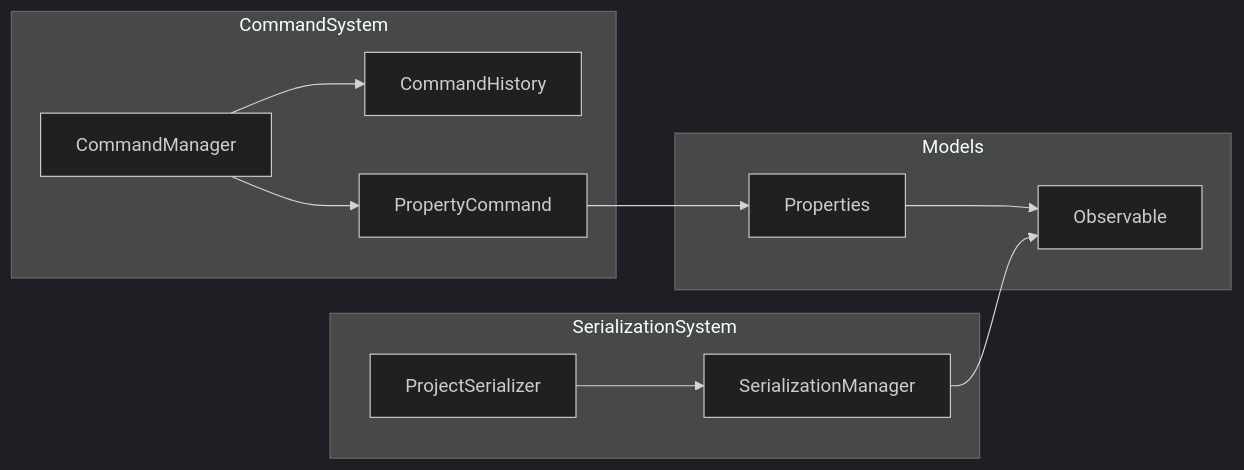
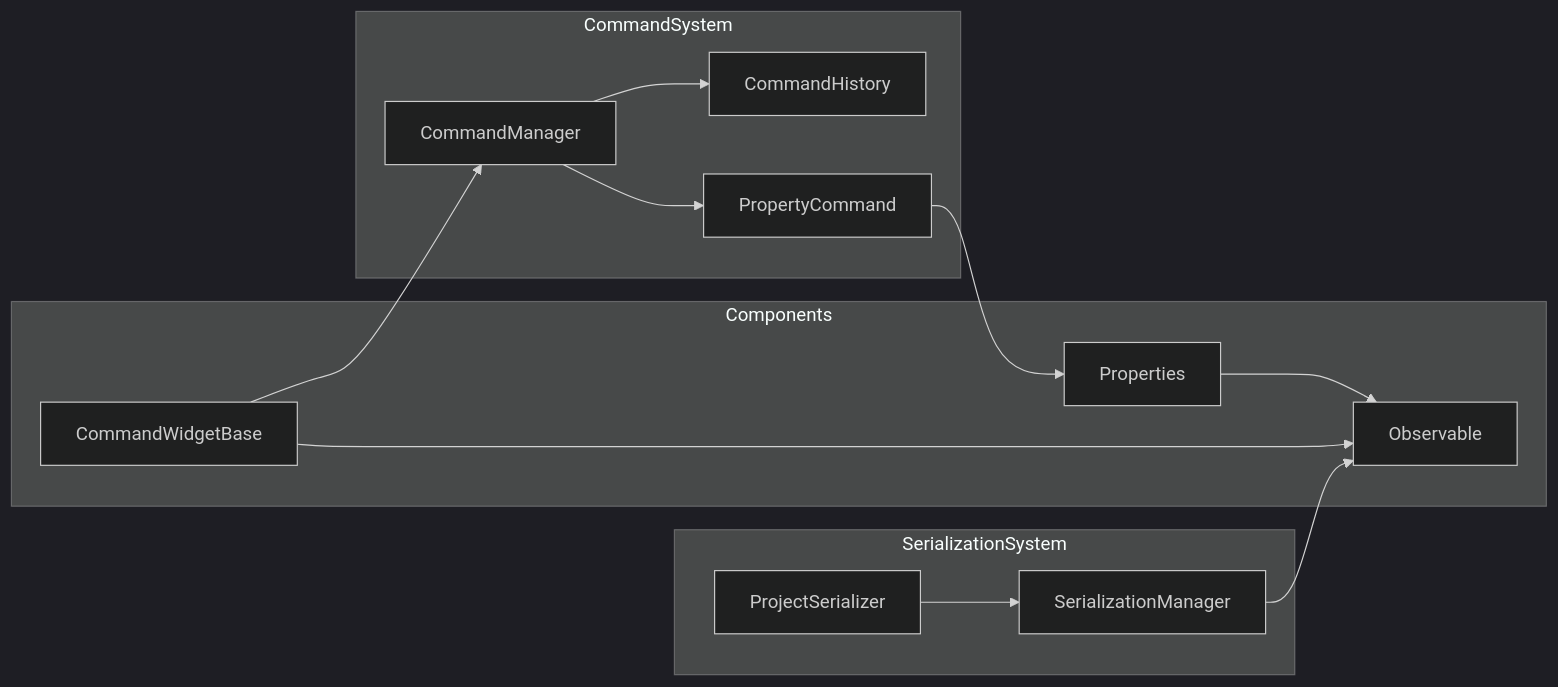
Before and after one commit to maro7tigre/PySignalDecipher: the fourth of 4 diagrams in command_system/docs/planning.md, drawn with Mermaid (dark theme). The commit also changed other lines of this file and 13 other files, not shown here.

````diff
--- a/command_system/docs/planning.md
+++ b/command_system/docs/planning.md
@@ -173,25 +173,28 @@
 ```mermaid
 graph LR
     subgraph CommandSystem
         CM[CommandManager]
         CH[CommandHistory]
         PC[PropertyCommand]
     end
     
     subgraph SerializationSystem
         SM[SerializationManager]
         PS[ProjectSerializer]
     end
     
-    subgraph Models
+    subgraph Components
         OBS[Observable]
         PROP[Properties]
+        CWB[CommandWidgetBase]
     end
     
     CM --> CH
     CM --> PC
     PC --> PROP
     PROP --> OBS
+    CWB --> CM
+    CWB --> OBS
     PS --> SM
     SM --> OBS
 ```
````
